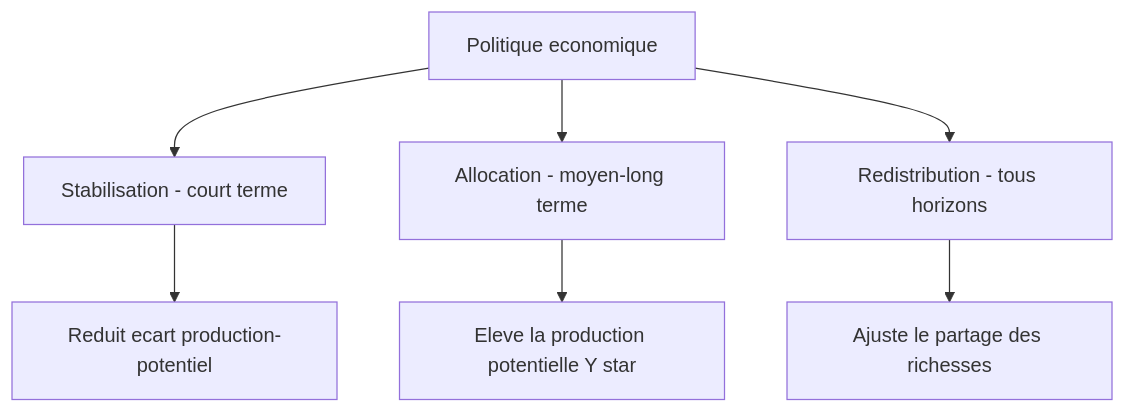
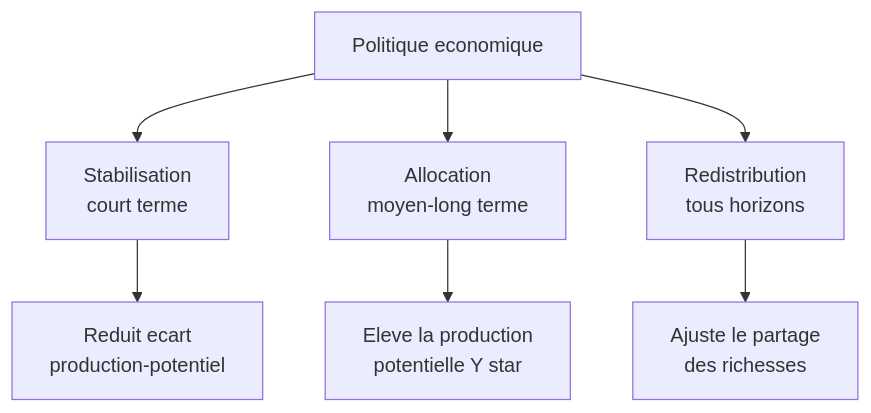
One commit to PierreBeaucoral/macro1-aes changed the first of 2 diagrams in slides/cm02.qmd. Above: the diagram before and after it, drawn with Mermaid. The commit also changed other lines of this file and 9 other files, not shown here.

````diff
--- a/slides/cm02.qmd
+++ b/slides/cm02.qmd
@@ -243,10 +243,10 @@
 ```{mermaid}
 %%| fig-cap: "Les trois fonctions de Musgrave partent toutes de la politique économique mais diffèrent par leur horizon et leur logique : efficacité pour la stabilisation et l'allocation, équité pour la redistribution."
 flowchart TD
-    A[Politique economique] --> B[Stabilisation - court terme]
-    A --> C[Allocation - moyen-long terme]
-    A --> D[Redistribution - tous horizons]
-    B --> B1[Reduit ecart production-potentiel]
-    C --> C1[Eleve la production potentielle Y star]
-    D --> D1[Ajuste le partage des richesses]
+    A[Politique economique] --> B[Stabilisation<br/>court terme]
+    A --> C[Allocation<br/>moyen-long terme]
+    A --> D[Redistribution<br/>tous horizons]
+    B --> B1[Reduit ecart<br/>production-potentiel]
+    C --> C1[Eleve la production<br/>potentielle Y star]
+    D --> D1[Ajuste le partage<br/>des richesses]
 ```
````
